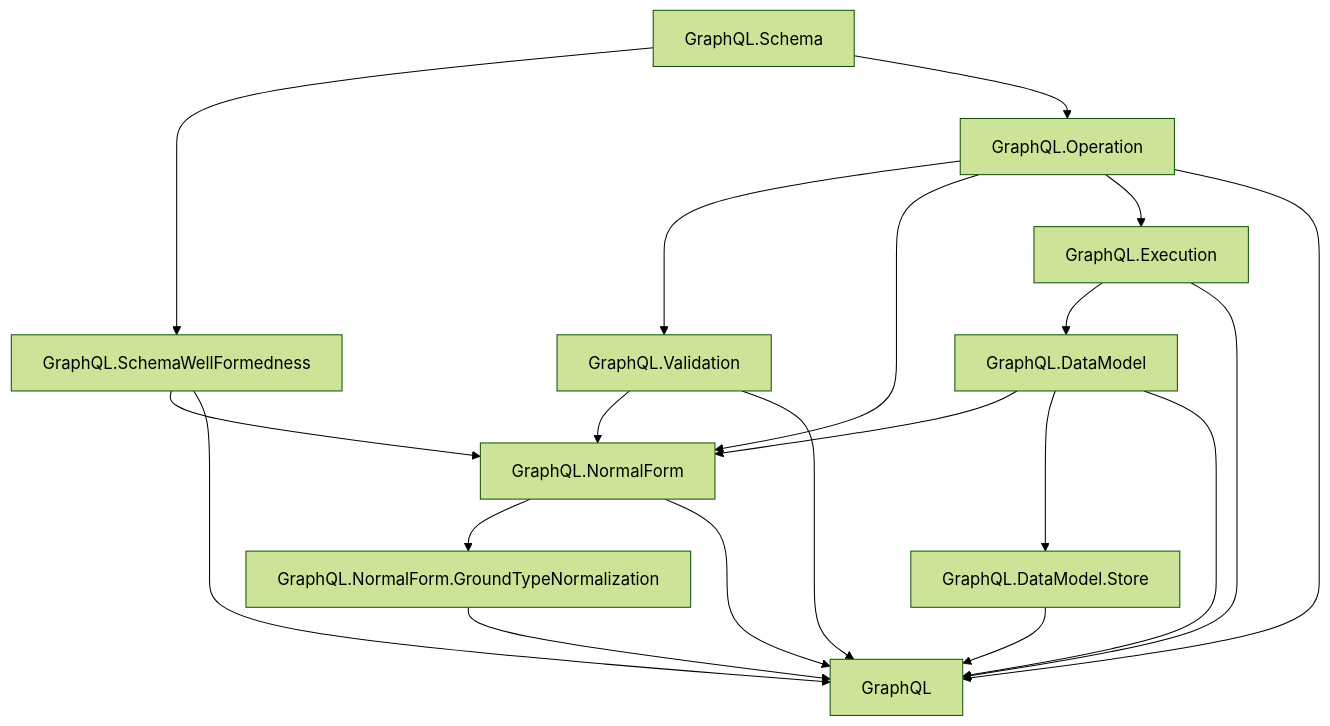
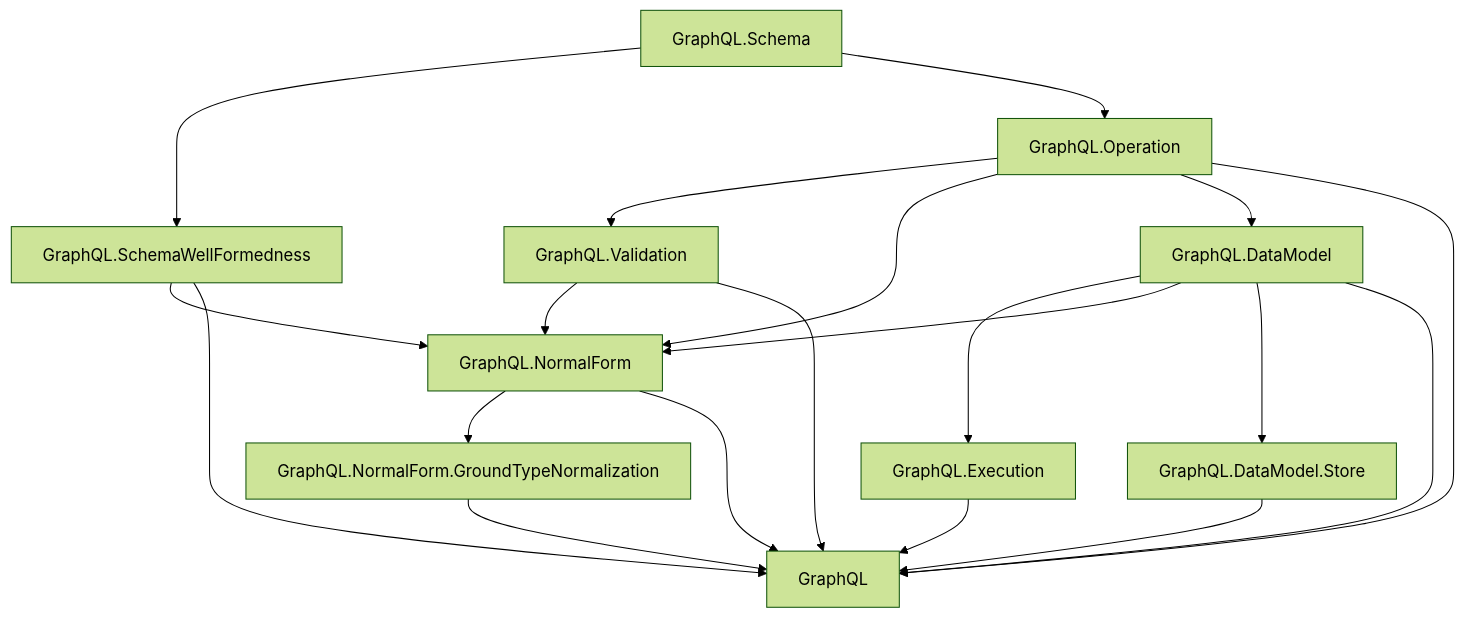
The diagram in docs/overview.md (duckki/GraphQL.lean), drawn with Mermaid (forest theme) before and after one commit. The commit also changed other lines of this file and 18 other files, not shown here.

Commit message:
Use graph-backed data model

````diff
--- a/docs/overview.md
+++ b/docs/overview.md
@@ -11,34 +11,34 @@
 ```mermaid
 flowchart TD
   Schema["GraphQL.Schema"]
   SchemaWF["GraphQL.SchemaWellFormedness"]
   Operation["GraphQL.Operation"]
   Validation["GraphQL.Validation"]
   NormalForm["GraphQL.NormalForm"]
   NormalFormGround["GraphQL.NormalForm.GroundTypeNormalization"]
   Execution["GraphQL.Execution"]
   DataModel["GraphQL.DataModel"]
   DataModelStore["GraphQL.DataModel.Store"]
   GraphQLRoot["GraphQL"]
 
   Schema --> SchemaWF
   Schema --> Operation
   Operation --> Validation
   Operation --> NormalForm
-  Operation --> Execution
-  Execution --> DataModel
+  Operation --> DataModel
+  DataModel --> Execution
   SchemaWF --> NormalForm
   Validation --> NormalForm
   DataModel --> NormalForm
   NormalForm --> NormalFormGround
   DataModel --> DataModelStore
 
   SchemaWF --> GraphQLRoot
   Operation --> GraphQLRoot
   Validation --> GraphQLRoot
   NormalForm --> GraphQLRoot
   NormalFormGround --> GraphQLRoot
   Execution --> GraphQLRoot
   DataModel --> GraphQLRoot
   DataModelStore --> GraphQLRoot
 ```
````
